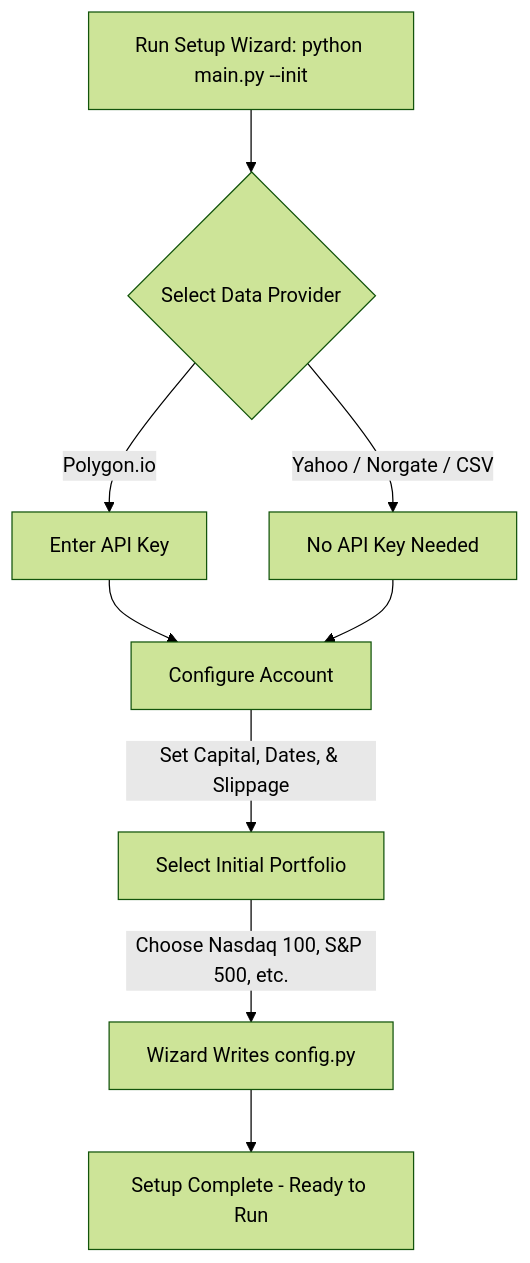
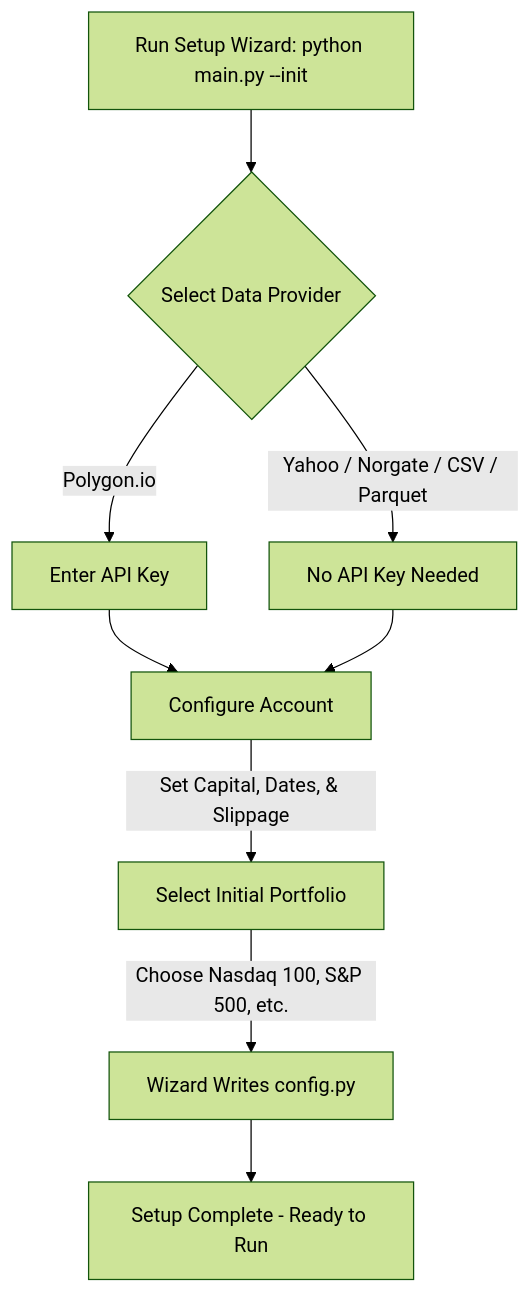
One commit to zachisit/july-backtester changed the second of 4 diagrams in README.md. Above: the diagram before and after it, drawn with Mermaid (forest theme). The commit also changed other lines of this file and 1 other file, not shown here.

Commit message:
docs: add Parquet data provider to README and flowcharts (#113) (#114)
- Update Quick Start and setup wizard flowcharts in README.md to include
  Parquet alongside Yahoo / Norgate / CSV
- Add dedicated Parquet Data Provider section to README_full.md with
  config snippet, export commands, submodule access instructions
- Fix "Four data providers" → "Five"; add parquet option to code block
- Fix Configuration Reference: data_provider now lists all five providers
- Fix Project Structure: add parquet_service.py to services/ block

````diff
--- a/README.md
+++ b/README.md
@@ -68,11 +68,11 @@
 ```mermaid
 graph TD
     A[Run Setup Wizard: python main.py --init] --> B{Select Data Provider}
     B -->|Polygon.io| C[Enter API Key]
-    B -->|Yahoo / Norgate / CSV| D[No API Key Needed]
+    B -->|Yahoo / Norgate / CSV / Parquet| D[No API Key Needed]
     C --> E[Configure Account]
     D --> E
     E -->|Set Capital, Dates, & Slippage| F[Select Initial Portfolio]
     F -->|Choose Nasdaq 100, S&P 500, etc.| G[Wizard Writes config.py]
     G --> I[Setup Complete - Ready to Run]
 ```
````
